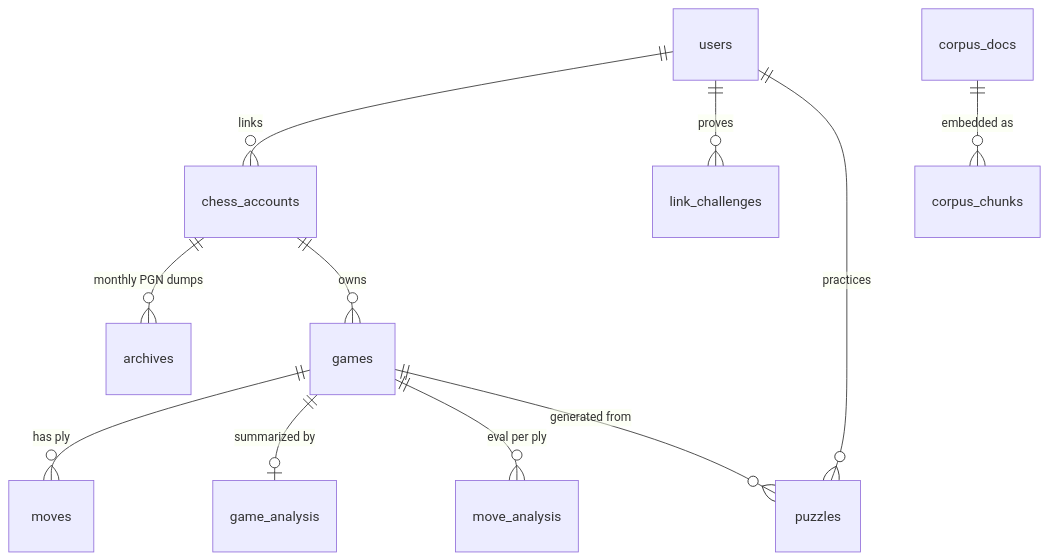
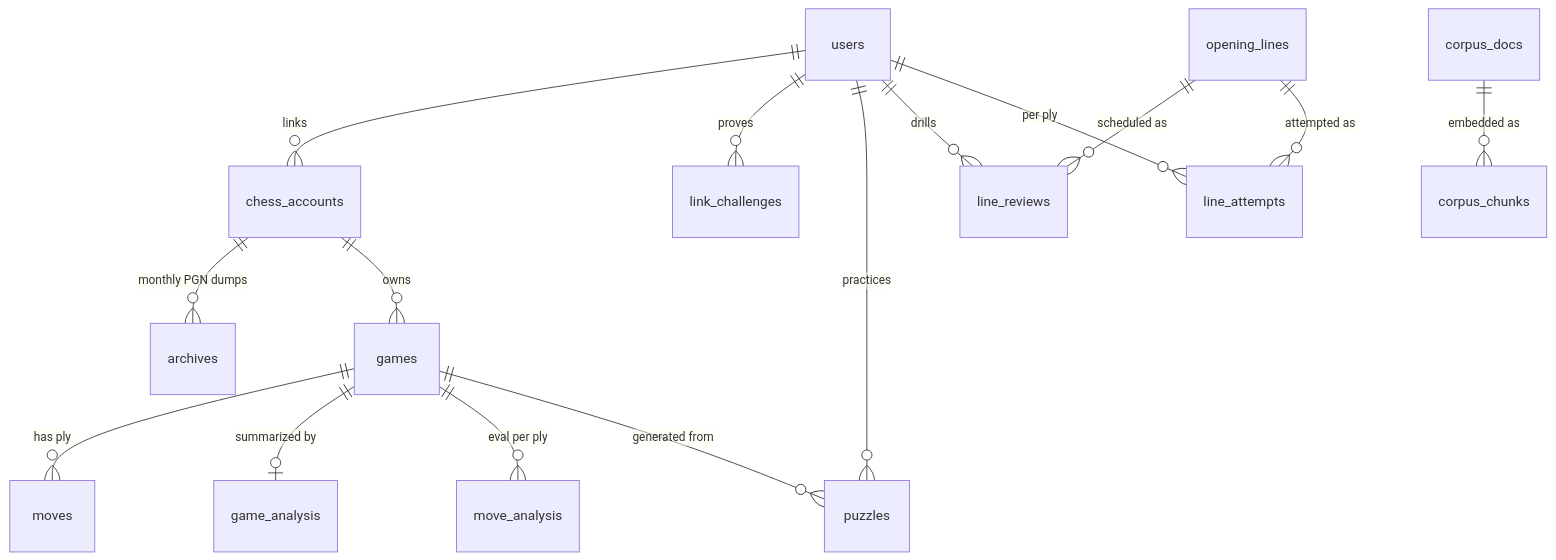
The second of 11 diagrams in docs/architecture.md (SimonF-Codes/ChessEdu), drawn with Mermaid before and after one commit. The commit also changed other lines of this file and 3 other files, not shown here.

First line of the commit message:
ADR 0006 and architecture §15: the opening line drill

````diff
--- a/docs/architecture.md
+++ b/docs/architecture.md
@@ -110,13 +110,17 @@
 ```mermaid
 erDiagram
     users ||--o{ chess_accounts : links
     users ||--o{ link_challenges : proves
     users ||--o{ puzzles : practices
+    users ||--o{ line_reviews : drills
+    users ||--o{ line_attempts : "per ply"
+    opening_lines ||--o{ line_reviews : "scheduled as"
+    opening_lines ||--o{ line_attempts : "attempted as"
     chess_accounts ||--o{ archives : "monthly PGN dumps"
     chess_accounts ||--o{ games : owns
     games ||--o{ moves : "has ply"
     games ||--o| game_analysis : "summarized by"
     games ||--o{ move_analysis : "eval per ply"
     games ||--o{ puzzles : "generated from"
     corpus_docs ||--o{ corpus_chunks : "embedded as"
 ```
````
